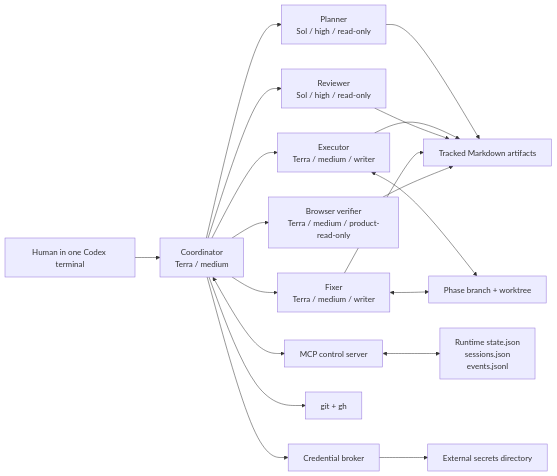
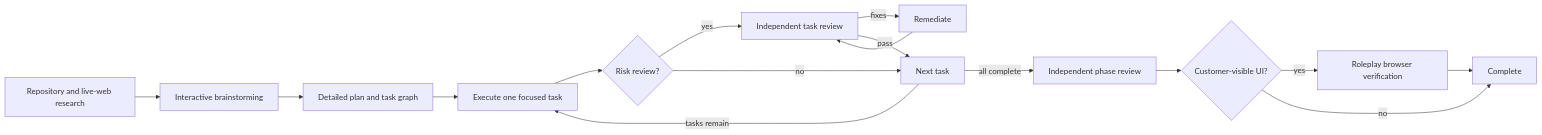
Before and after one commit to wantanwonderland/codex-dev-orchestrator: the first of 3 diagrams in README.md, drawn with Mermaid. The commit also changed other lines of this file and 55 other files, not shown here.

````diff
--- a/README.md
+++ b/README.md
@@ -25,21 +9,18 @@
 ```mermaid
 flowchart LR
-    H[Human in one Codex terminal] --> C[Coordinator<br/>Terra / medium]
-    C --> P[Planner<br/>Sol / high / read-only]
-    C --> E[Executor<br/>Terra / medium / writer]
-    C --> R[Reviewer<br/>Sol / high / read-only]
-    C --> F[Fixer<br/>Terra / medium / writer]
-    C --> B[Browser verifier<br/>Terra / medium / product-read-only]
-    C <--> M[MCP control server]
-    M <--> S[Runtime state.json<br/>sessions.json<br/>events.jsonl]
-    P --> A[Tracked Markdown artifacts]
-    E --> A
-    R --> A
-    F --> A
-    B --> A
-    E <--> G[Phase branch + worktree]
-    F <--> G
-    C --> GH[git + gh]
-    C --> CB[Credential broker]
-    CB --> SEC[External secrets directory]
+  A[Repository and live-web research] --> B[Interactive brainstorming]
+  B --> C[Detailed plan and task graph]
+  C --> D[Execute one focused task]
+  D --> E{Risk review?}
+  E -- yes --> F[Independent task review]
+  E -- no --> G[Next task]
+  F -- fixes --> H[Remediate]
+  H --> F
+  F -- pass --> G
+  G -->|tasks remain| D
+  G -->|all complete| I[Independent phase review]
+  I --> J{Customer-visible UI?}
+  J -- yes --> K[Roleplay browser verification]
+  J -- no --> L[Complete]
+  K --> L
 ```
````
